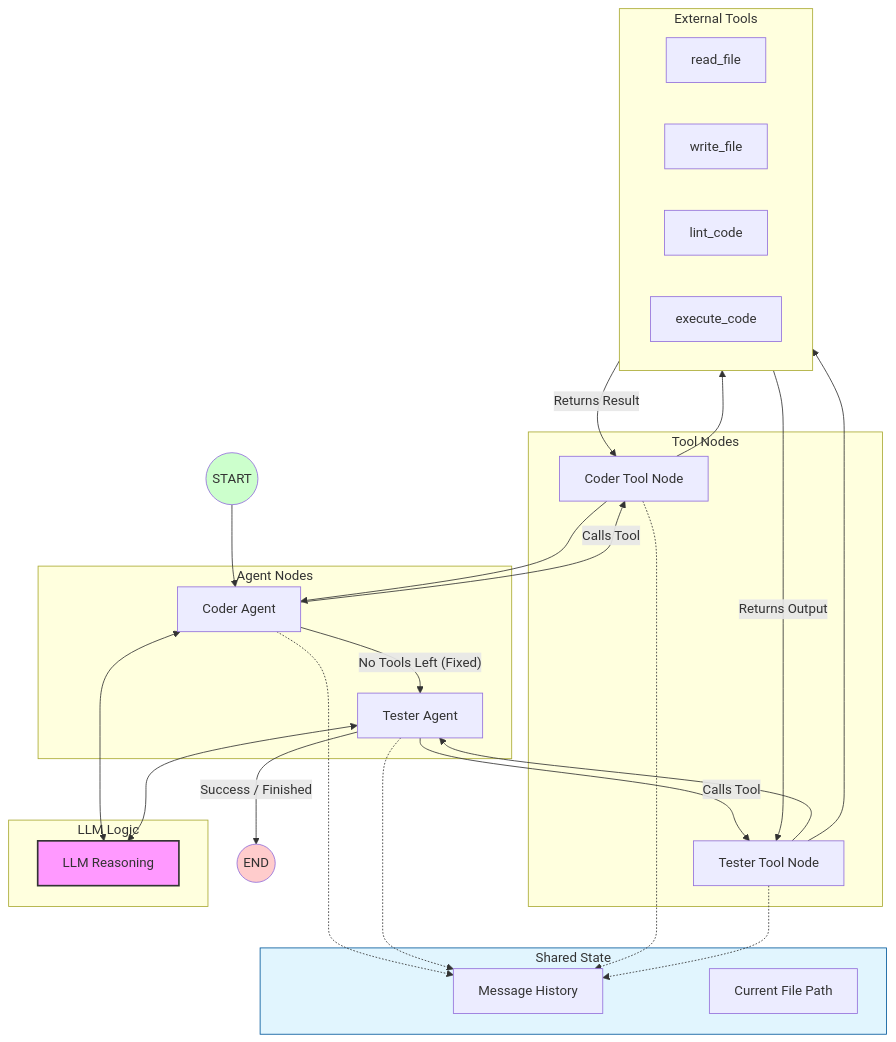
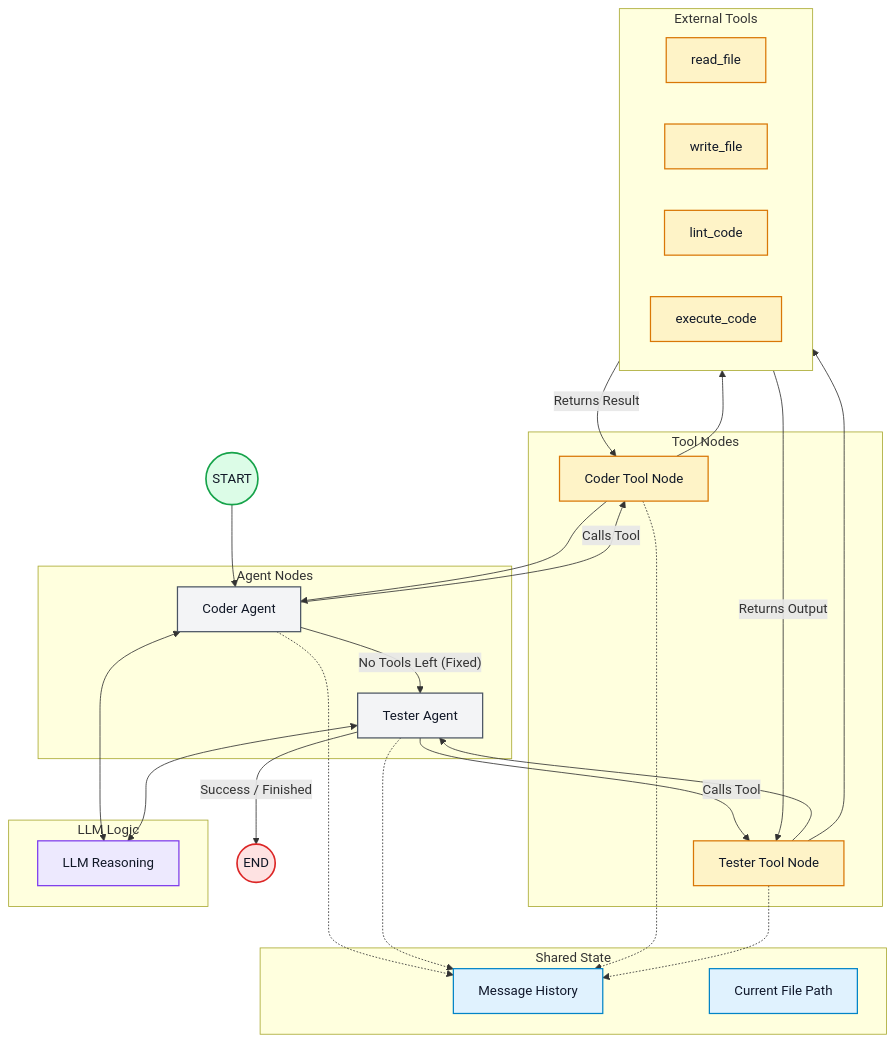
Before and after one commit to suraj2424/stateful-code-agent: the diagram in README.md, drawn with Mermaid.

Commit message:
docs(readme): update mermaid diagram styling
Refactor the Mermaid diagram in README.md to use class definitions for
better readability and a more consistent color palette.

````diff
--- a/README.md
+++ b/README.md
@@ -23,66 +23,76 @@
 ```mermaid
 graph TD
     %% Start Point
     Start((START)) --> Coder
 
     %% Agent Nodes
     subgraph Agents [Agent Nodes]
         Coder[Coder Agent]
         Tester[Tester Agent]
     end
 
     %% Memory/State
     subgraph State [Shared State]
         Messages[Message History]
         FileStore[Current File Path]
     end
 
     %% Tool Nodes
     subgraph ToolBox [Tool Nodes]
         CoderTools[Coder Tool Node]
         TesterTools[Tester Tool Node]
     end
 
     %% External Logic
     subgraph Logic [LLM Logic]
         LLM[LLM Reasoning]
     end
 
     %% Execution Tools
     subgraph Tools [External Tools]
         Read[read_file]
         Write[write_file]
         Lint[lint_code]
         Exec[execute_code]
     end
 
     %% Flow Connections
     Coder <--> LLM
     Tester <--> LLM
-    
+
     %% Coder Flow
     Coder -- Calls Tool --> CoderTools
     CoderTools --> Tools
     Tools -- Returns Result --> CoderTools
     CoderTools --> Coder
     Coder -- "No Tools Left (Fixed)" --> Tester
 
     %% Tester Flow
     Tester -- Calls Tool --> TesterTools
     TesterTools --> Tools
     Tools -- Returns Output --> TesterTools
     TesterTools --> Tester
     Tester -- "Success / Finished" --> End((END))
 
     %% Data Flow to State
     Coder -.-> Messages
     Tester -.-> Messages
     CoderTools -.-> Messages
     TesterTools -.-> Messages
 
-    %% Styling
-    style LLM fill:#f9f,stroke:#333,stroke-width:2px
-    style State fill:#e1f5fe,stroke:#01579b
-    style Start fill:#ccffcc
-    style End fill:#ffcccc
+    %% Softer Readable Styling
+    classDef agent fill:#f3f4f6,stroke:#4b5563,color:#111827,stroke-width:1.5px
+    classDef state fill:#e0f2fe,stroke:#0284c7,color:#0f172a,stroke-width:1.5px
+    classDef logic fill:#ede9fe,stroke:#7c3aed,color:#111827,stroke-width:1.5px
+    classDef tool fill:#fef3c7,stroke:#d97706,color:#111827,stroke-width:1.5px
+    classDef endpoint fill:#dcfce7,stroke:#16a34a,color:#111827,stroke-width:2px
+    classDef endnode fill:#fee2e2,stroke:#dc2626,color:#111827,stroke-width:2px
+
+    %% Apply Classes
+    class Coder,Tester agent
+    class Messages,FileStore state
+    class LLM logic
+    class CoderTools,TesterTools,Read,Write,Lint,Exec tool
+    class Start endpoint
+    class End endnode
 ```
````
